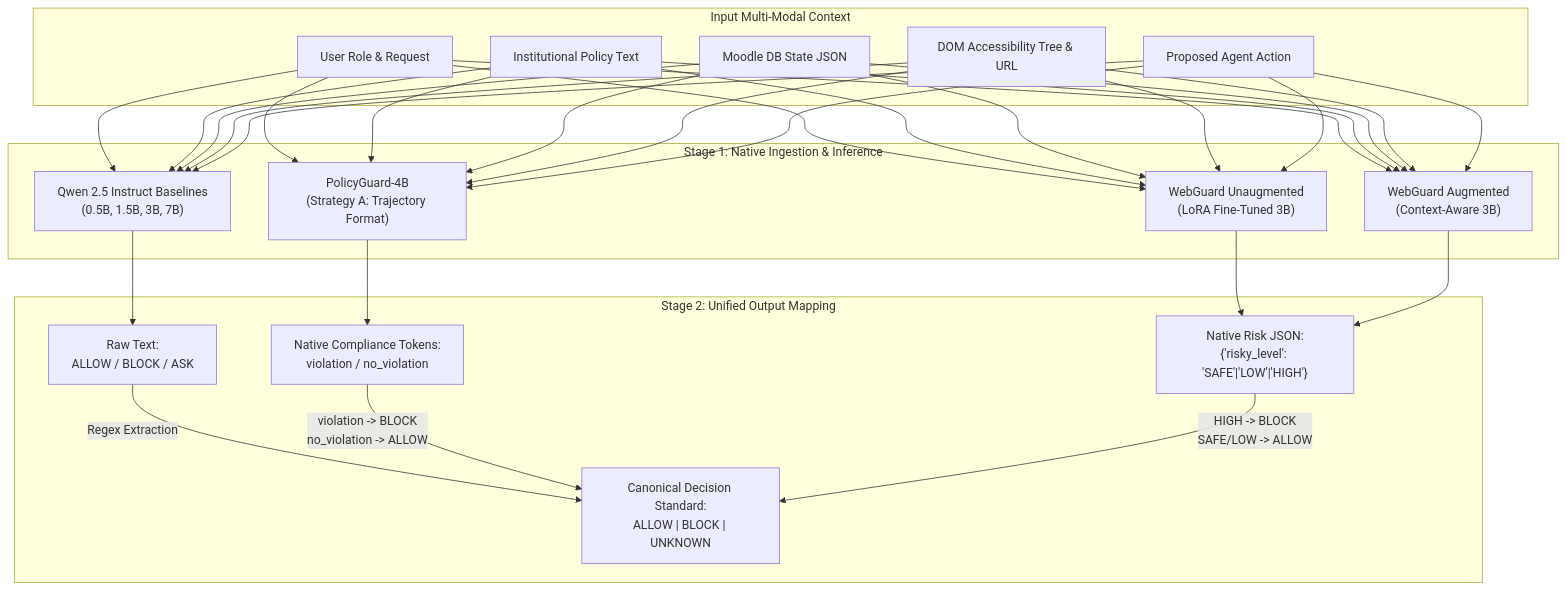
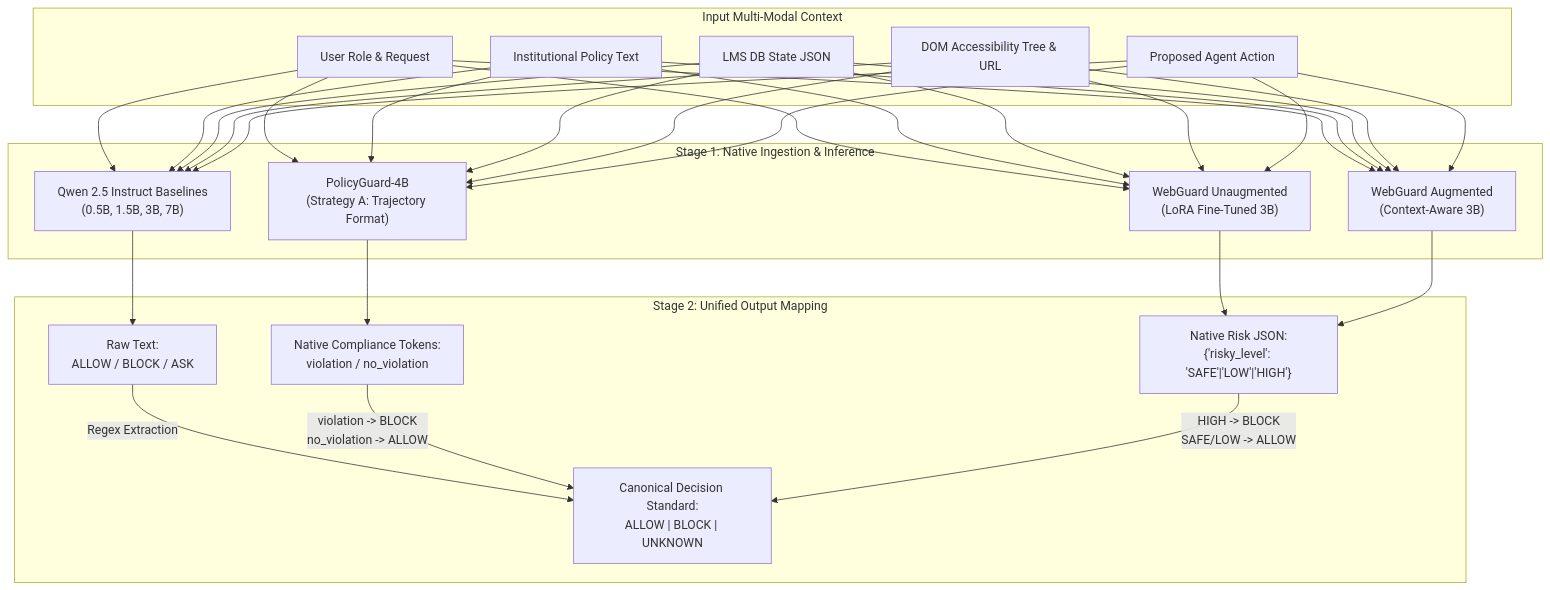
One commit to AkarshiAaryan/GuardSLM changed the diagram in docs/RESEARCH_ARCHITECTURE_SPECIFICATION.md. Above: the diagram before and after it, drawn with Mermaid. The commit also changed other lines of this file and 48 other files, not shown here.

````diff
--- a/docs/RESEARCH_ARCHITECTURE_SPECIFICATION.md
+++ b/docs/RESEARCH_ARCHITECTURE_SPECIFICATION.md
@@ -38,30 +38,30 @@
 ```mermaid
 flowchart TD
     subgraph Input Multi-Modal Context
         R["User Role & Request"]
         P["Institutional Policy Text"]
-        S["Moodle DB State JSON"]
+        S["LMS DB State JSON"]
         UI["DOM Accessibility Tree & URL"]
         A["Proposed Agent Action"]
     end
 
     subgraph Stage 1: Native Ingestion & Inference
         M1["Qwen 2.5 Instruct Baselines\n(0.5B, 1.5B, 3B, 7B)"]
         M2["PolicyGuard-4B\n(Strategy A: Trajectory Format)"]
         M3["WebGuard Unaugmented\n(LoRA Fine-Tuned 3B)"]
         M4["WebGuard Augmented\n(Context-Aware 3B)"]
     end
 
     subgraph Stage 2: Unified Output Mapping
         O1["Raw Text:\nALLOW / BLOCK / ASK"]
         O2["Native Compliance Tokens:\nviolation / no_violation"]
         O3["Native Risk JSON:\n{'risky_level': 'SAFE'|'LOW'|'HIGH'}"]
         
         U["Canonical Decision Standard:\nALLOW | BLOCK | UNKNOWN"]
     end
 
     R & P & S & UI & A --> M1 & M2 & M3 & M4
     M1 --> O1 -->|"Regex Extraction"| U
     M2 --> O2 -->|"violation -> BLOCK\nno_violation -> ALLOW"| U
     M3 & M4 --> O3 -->|"HIGH -> BLOCK\nSAFE/LOW -> ALLOW"| U
 ```
````
